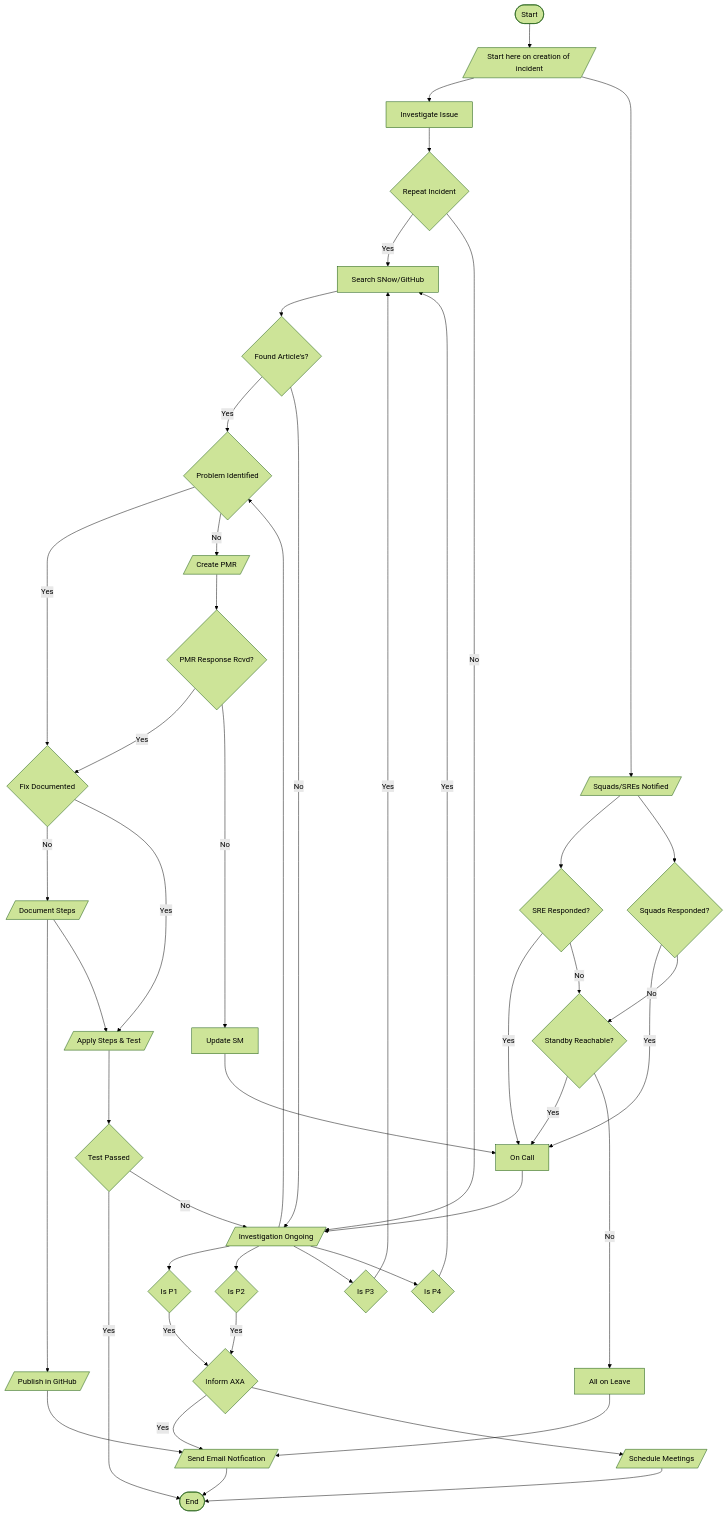
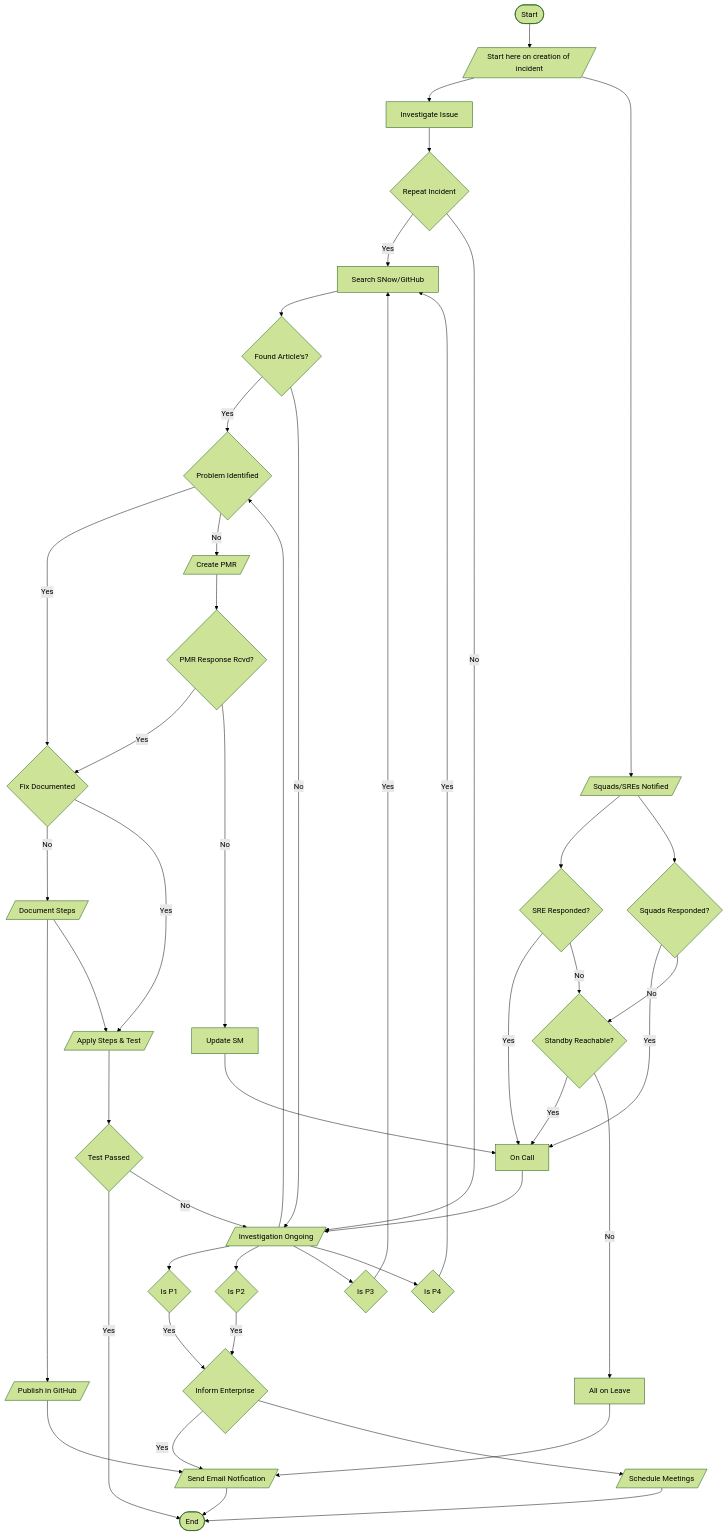
The second of 2 diagrams in docs/rota/index.md (spnizen/cognitive-automation), drawn with Mermaid (forest theme) before and after one commit. The commit also changed 112 other files, not shown here.

````diff
--- a/docs/rota/index.md
+++ b/docs/rota/index.md
@@ -30,49 +30,49 @@
     ``` mermaid
         flowchart TB
         A([Start]) --> RIIG[/Start here on creation of incident/];
         RIIG --> II[Investigate Issue];
         II --> RI{Repeat Incident};
         RI -->|Yes| SNKB[Search SNow/GitHub];
         SNKB --> FA{Found Article's?};
         FA -->|Yes| PI{Problem Identified};
         PI -->|Yes| FD{Fix Documented};
         PI -->|No| CPMR[/Create PMR/];
         CPMR --> RRFPMR{PMR Response Rcvd?};
         FA -->|No| NI[/Investigation Ongoing/];
         FD -->|No| DFS[/Document Steps/];
         DFS --> FIGH[/Publish in GitHub/];
         DFS --> AS[/Apply Steps & Test/];
         FIGH --> SEN;
         FD -->|Yes| AS;
         AS --> TP{Test Passed};
         TP -->|Yes| E([End]);
         TP -->|No| NI;
         RI -->|No| NI;
         NI --> PI;  
         NI --> SR1{Is P1};
         NI --> SR2{Is P2};
         NI --> SR3{Is P3};
         NI --> SR4{Is P4};
-        SR1 -->|Yes| IAXA{Inform AXA};
-        SR2 -->|Yes| IAXA{Inform AXA};  
+        SR1 -->|Yes| IEnterprise{Inform Enterprise};
+        SR2 -->|Yes| IEnterprise{Inform Enterprise};  
         SR3 -->|Yes| SNKB;
         SR4 -->|Yes| SNKB;
         RIIG --> IN1[/Squads/SREs Notified/];
         IN1 --> SRER{SRE Responded?};
         SRER -->|Yes| OC[On Call];
         SRER -->|No| SREI{Standby Reachable?};
         SREI -->|Yes| OC;
         SREI -->|No| AOL[All on Leave];
         AOL --> SEN;
         IN1 --> SOR{Squads Responded?};
         SOR -->|Yes| OC;
         SOR -->|No| SREI;
         OC --> NI;
         RRFPMR -->|Yes| FD;
         RRFPMR -->|No| USMT[Update SM];
         USMT --> OC;
-        IAXA -->|Yes| SEN[/Send Email Notfication/];
-        IAXA --> SMTGS[/Schedule Meetings/];
+        IEnterprise -->|Yes| SEN[/Send Email Notfication/];
+        IEnterprise --> SMTGS[/Schedule Meetings/];
         SEN --> E;
         SMTGS --> E;
     ``` 
````
